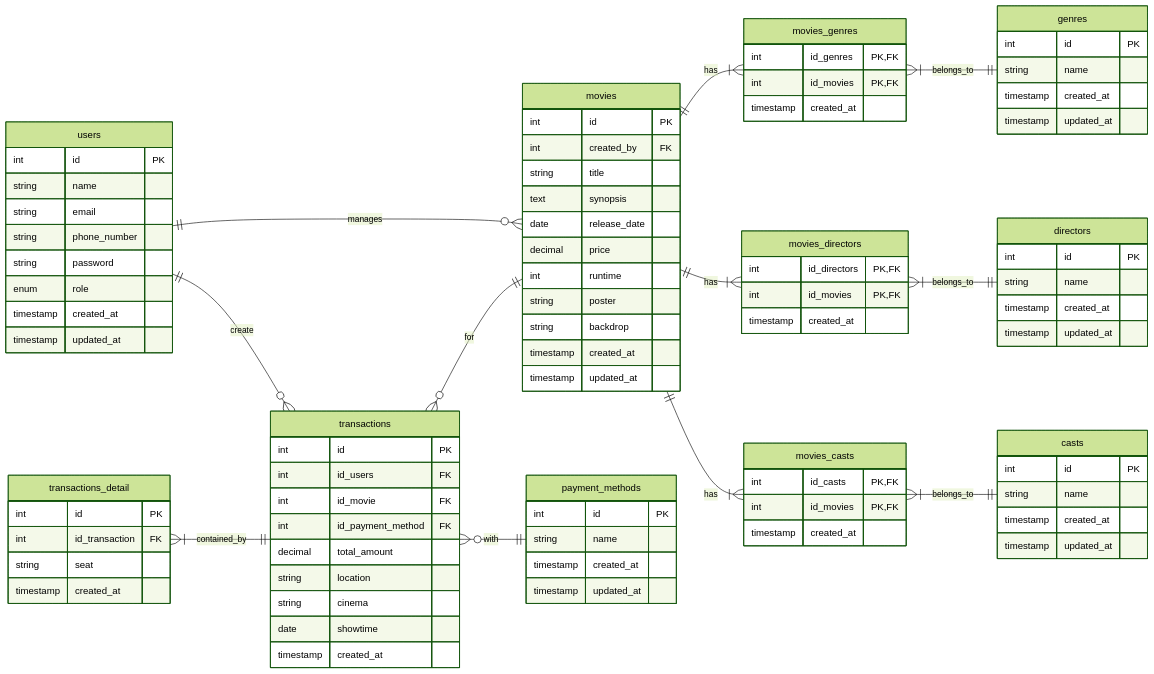
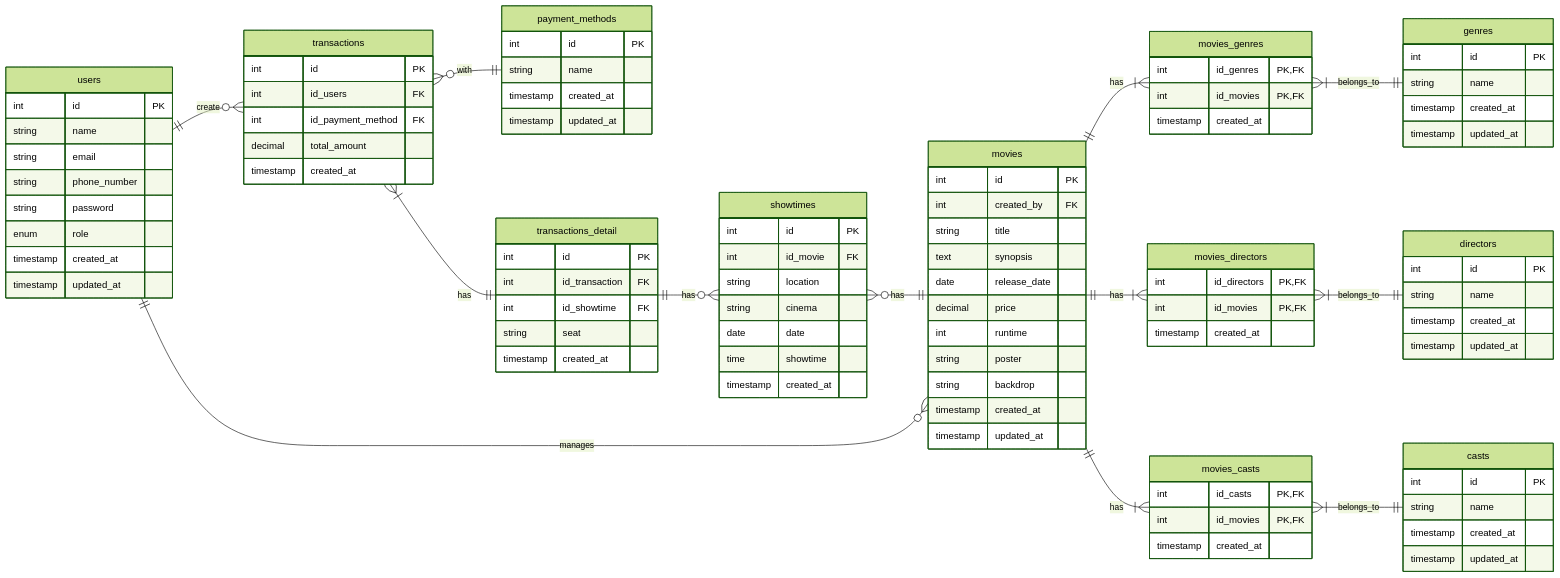
The diagram in README.md (mdavindarinaldy/fgo24-be-tickitz), drawn with Mermaid (forest theme) before and after one commit. The commit also changed other lines of this file, not shown here.

Commit message:
docs: update ERD, add new table showtime

````diff
--- a/README.md
+++ b/README.md
@@ -59,28 +59,34 @@
         int id_movies PK,FK
         timestamp created_at
     }
+    payment_methods {
+        int id PK
+        string name
+        timestamp created_at
+        timestamp updated_at
+    }
     transactions {
         int id PK
         int id_users FK
-        int id_movie FK
         int id_payment_method FK
         decimal total_amount
+        timestamp created_at
+    }
+    showtimes {
+        int id PK
+        int id_movie FK
         string location
         string cinema
-        date showtime
+        date date
+        time showtime
         timestamp created_at
     }
     transactions_detail {
         int id PK
         int id_transaction FK
+        int id_showtime FK
         string seat
         timestamp created_at
-    }
-    payment_methods {
-        int id PK
-        string name
-        timestamp created_at
-        timestamp updated_at
     }
     movies ||--|{ movies_genres: has
     movies_genres }|--|| genres: belongs_to
@@ -93,8 +99,8 @@
 
     users ||--o{ transactions: create
     users ||--o{ movies : manages
-    transactions }o--|| movies: for
-    transactions_detail }|--|| transactions: contained_by
-    transactions }o--|| payment_methods: with 
-    users 
+    transactions }o--|| payment_methods: with
+    transactions }|--|| transactions_detail: has
+    showtimes }o--|| movies : has
+    transactions_detail ||--o{ showtimes: has
 ```
````
